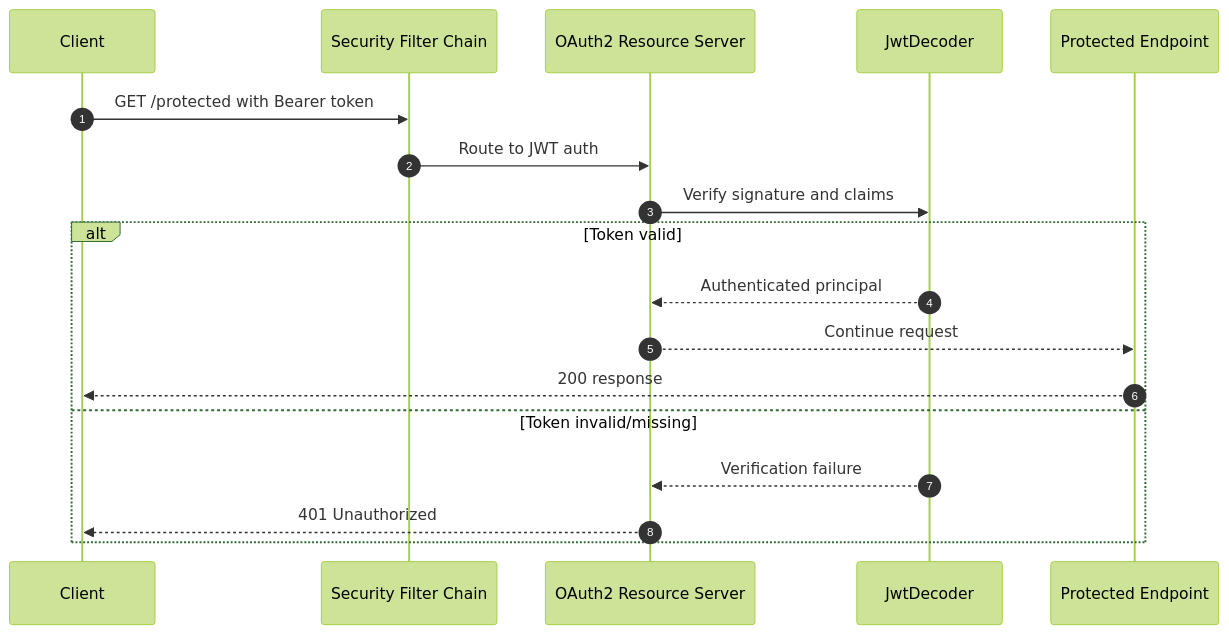
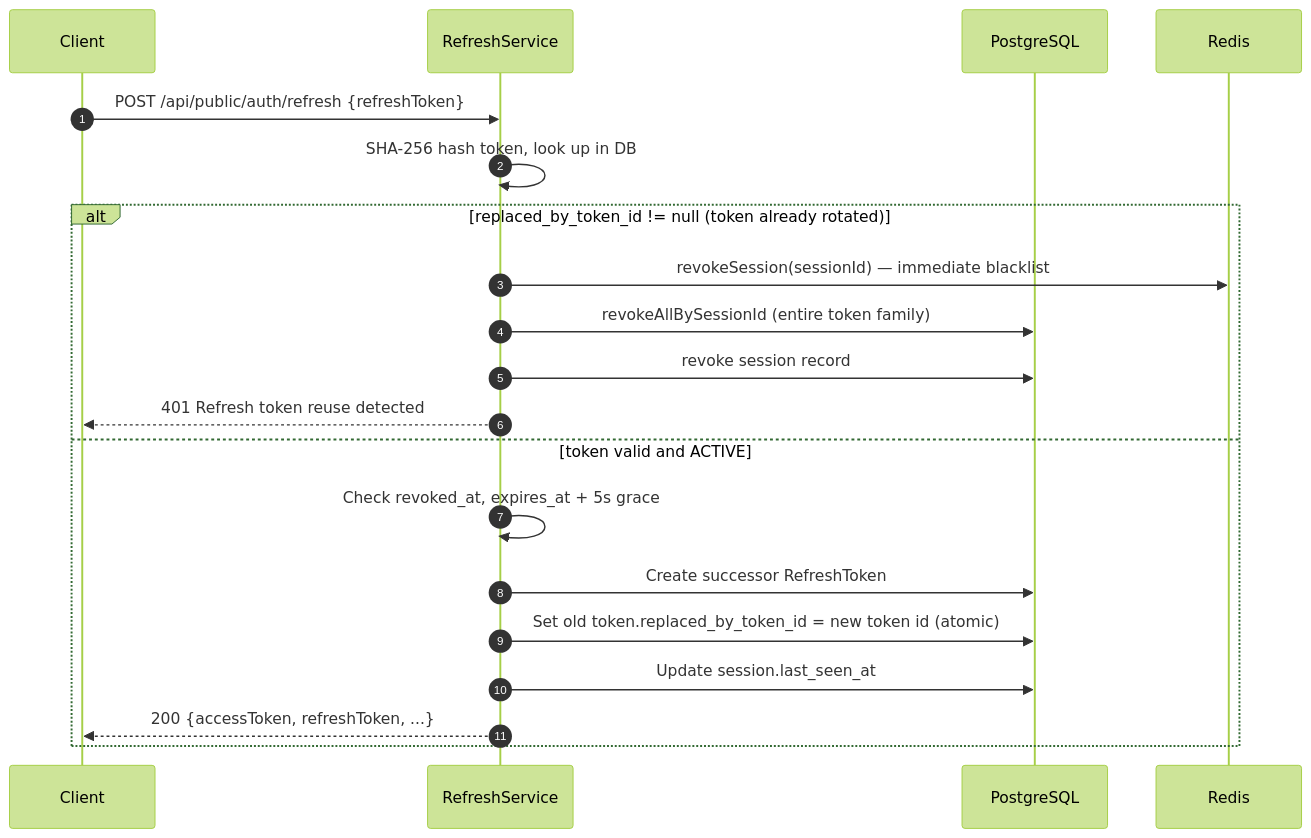
One commit to RainyinSaiGon/Authlyn changed the fourth of 6 diagrams in docs/architecture/current-implemented-flows.md. Above: the diagram before and after it, drawn with Mermaid (forest theme). The commit also changed other lines of this file and 60 other files, not shown here.

````diff
--- a/docs/architecture/current-implemented-flows.md
+++ b/docs/architecture/current-implemented-flows.md
@@ -88,21 +124,23 @@
 ```mermaid
 sequenceDiagram
     autonumber
     participant U as Client
-    participant SF as Security Filter Chain
-    participant RS as OAuth2 Resource Server
-    participant JD as JwtDecoder
-    participant API as Protected Endpoint
+    participant RS as RefreshService
+    participant DB as PostgreSQL
+    participant Redis as Redis
 
-    U->>SF: GET /protected with Bearer token
-    SF->>RS: Route to JWT auth
-    RS->>JD: Verify signature and claims
-    alt Token valid
-        JD-->>RS: Authenticated principal
-        RS-->>API: Continue request
-        API-->>U: 200 response
-    else Token invalid/missing
-        JD-->>RS: Verification failure
-        RS-->>U: 401 Unauthorized
+    U->>RS: POST /api/public/auth/refresh {refreshToken}
+    RS->>RS: SHA-256 hash token, look up in DB
+    alt replaced_by_token_id != null (token already rotated)
+        RS->>Redis: revokeSession(sessionId) — immediate blacklist
+        RS->>DB: revokeAllBySessionId (entire token family)
+        RS->>DB: revoke session record
+        RS-->>U: 401 Refresh token reuse detected
+    else token valid and ACTIVE
+        RS->>RS: Check revoked_at, expires_at + 5s grace
+        RS->>DB: Create successor RefreshToken
+        RS->>DB: Set old token.replaced_by_token_id = new token id (atomic)
+        RS->>DB: Update session.last_seen_at
+        RS-->>U: 200 {accessToken, refreshToken, ...}
     end
 ```
````
